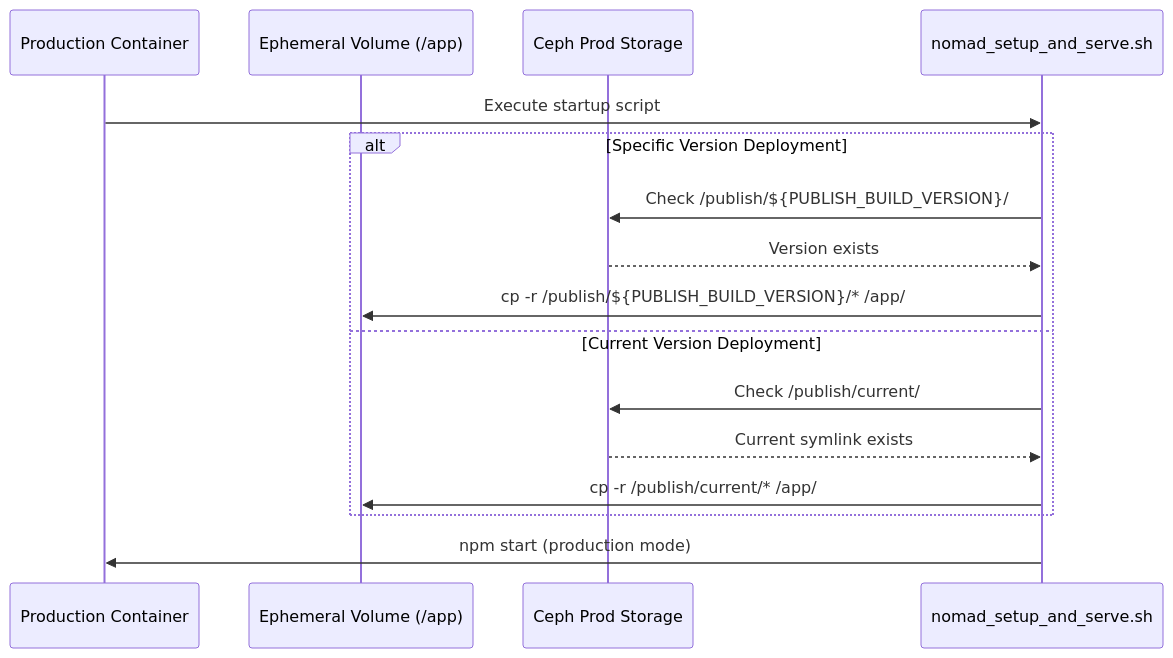
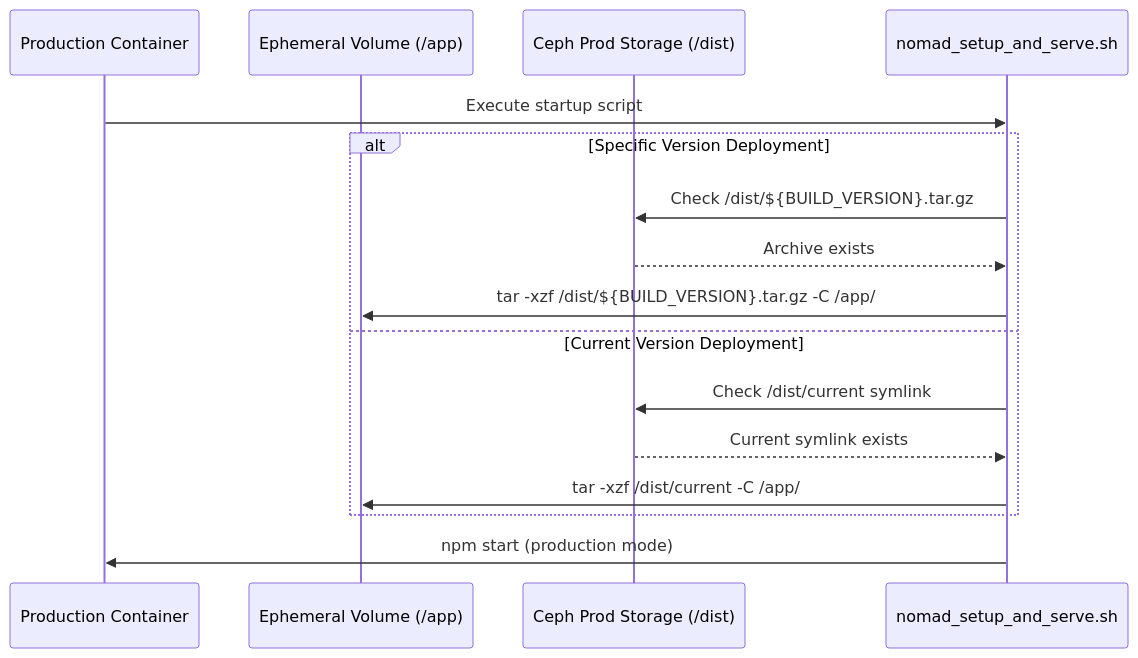
One commit to hsharif-godaddy/hackathon2026 changed the fourth of 5 diagrams in docs/persistent-storage-architecture.md. Above: the diagram before and after it, drawn with Mermaid. The commit also changed other lines of this file and 4 other files, not shown here.

````diff
--- a/docs/persistent-storage-architecture.md
+++ b/docs/persistent-storage-architecture.md
@@ -289,21 +282,21 @@
 ```mermaid
 sequenceDiagram
     participant Container as Production Container
     participant EphemeralVol as Ephemeral Volume (/app)
-    participant CephProd as Ceph Prod Storage
+    participant CephProd as Ceph Prod Storage (/dist)
     participant SetupScript as nomad_setup_and_serve.sh
 
     Container->>SetupScript: Execute startup script
 
     alt Specific Version Deployment
-        SetupScript->>CephProd: Check /publish/${PUBLISH_BUILD_VERSION}/
-        CephProd-->>SetupScript: Version exists
-        SetupScript->>EphemeralVol: cp -r /publish/${PUBLISH_BUILD_VERSION}/* /app/
+        SetupScript->>CephProd: Check /dist/${BUILD_VERSION}.tar.gz
+        CephProd-->>SetupScript: Archive exists
+        SetupScript->>EphemeralVol: tar -xzf /dist/${BUILD_VERSION}.tar.gz -C /app/
     else Current Version Deployment
-        SetupScript->>CephProd: Check /publish/current/
+        SetupScript->>CephProd: Check /dist/current symlink
         CephProd-->>SetupScript: Current symlink exists
-        SetupScript->>EphemeralVol: cp -r /publish/current/* /app/
+        SetupScript->>EphemeralVol: tar -xzf /dist/current -C /app/
     end
 
     SetupScript->>Container: npm start (production mode)
 ```
````
